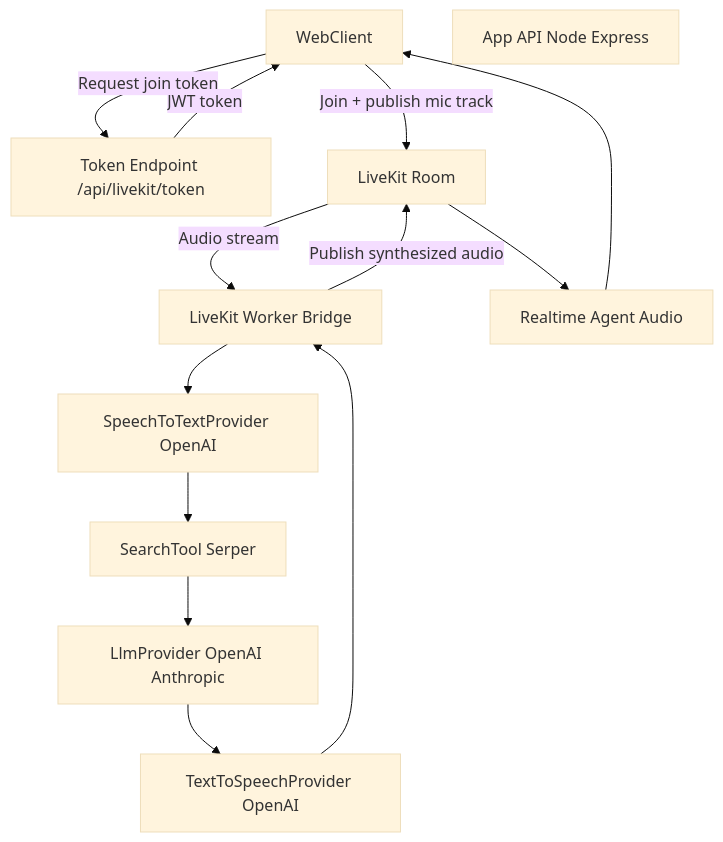
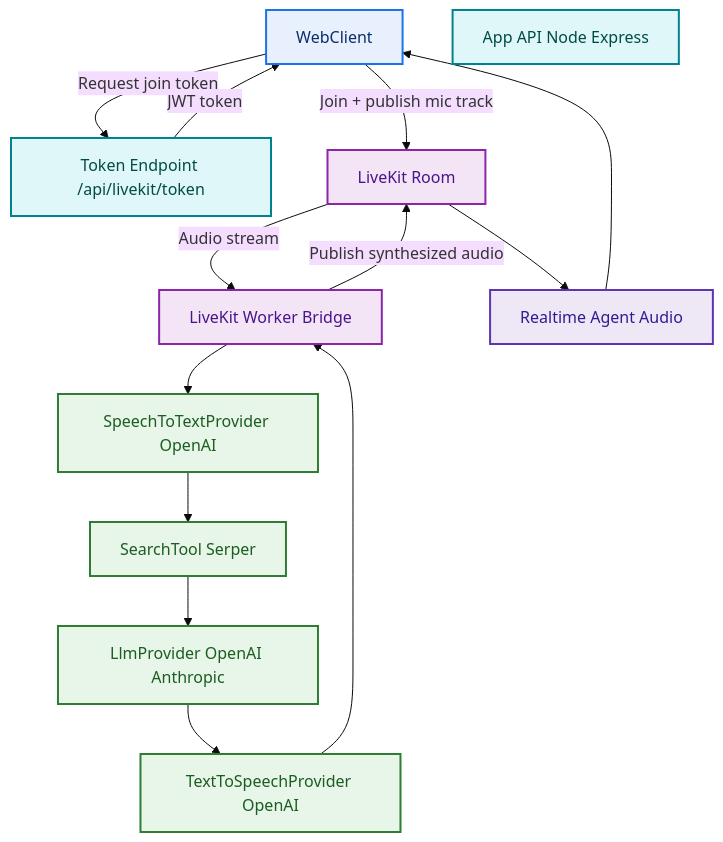
One commit to ninja-nb/voice-agent-demo changed the fourth of 5 diagrams in docs/ARCHITECTURE.md. Above: the diagram before and after it, drawn with Mermaid (base theme). The commit also changed other lines of this file and 3 other files, not shown here.

First line of the commit message:
Add architecture visuals and update deployment service naming.

````diff
--- a/docs/ARCHITECTURE.md
+++ b/docs/ARCHITECTURE.md
@@ -235,26 +247,38 @@
 ```mermaid
 flowchart TD
     userClient[WebClient]
     appApi[App API Node Express]
     tokenApi[Token Endpoint /api/livekit/token]
     lkRoom[LiveKit Room]
     lkWorker[LiveKit Worker Bridge]
     sttProvider[SpeechToTextProvider OpenAI]
     searchTool[SearchTool Serper]
     llmProvider[LlmProvider OpenAI Anthropic]
     ttsProvider[TextToSpeechProvider OpenAI]
     audioOut[Realtime Agent Audio]
 
     userClient -->|Request join token| tokenApi
     tokenApi -->|JWT token| userClient
     userClient -->|Join + publish mic track| lkRoom
     lkRoom -->|Audio stream| lkWorker
     lkWorker --> sttProvider
     sttProvider --> searchTool
     searchTool --> llmProvider
     llmProvider --> ttsProvider
     ttsProvider --> lkWorker
     lkWorker -->|Publish synthesized audio| lkRoom
     lkRoom --> audioOut
     audioOut --> userClient
+
+    classDef start fill:#E8F0FE,stroke:#1A73E8,stroke-width:2px,color:#0B2E6B;
+    classDef api fill:#E0F7FA,stroke:#00838F,stroke-width:2px,color:#004D40;
+    classDef livekit fill:#F3E5F5,stroke:#8E24AA,stroke-width:2px,color:#4A148C;
+    classDef provider fill:#E8F5E9,stroke:#2E7D32,stroke-width:2px,color:#1B5E20;
+    classDef output fill:#EDE7F6,stroke:#5E35B1,stroke-width:2px,color:#311B92;
+
+    class userClient start;
+    class appApi,tokenApi api;
+    class lkRoom,lkWorker livekit;
+    class sttProvider,searchTool,llmProvider,ttsProvider provider;
+    class audioOut output;
 ```
````
